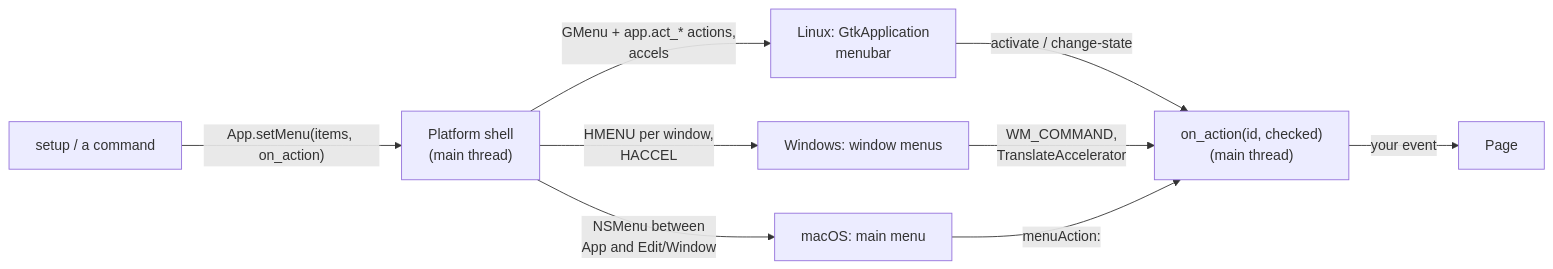
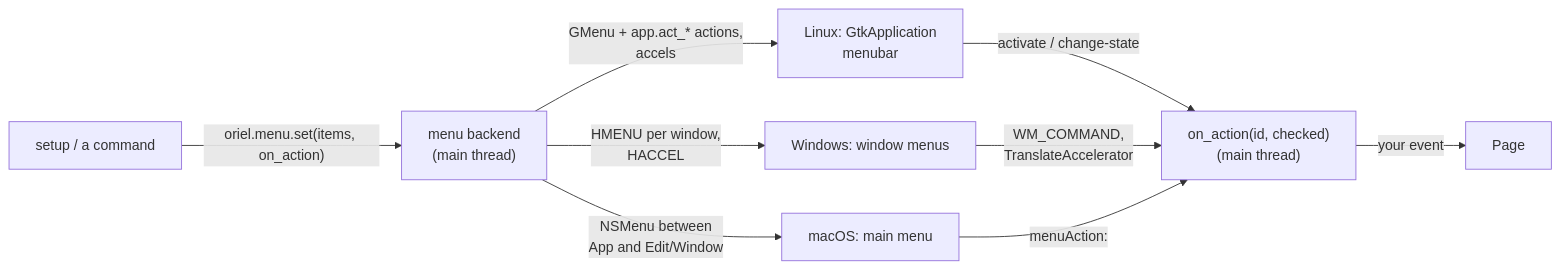
The diagram in docs/menu.md (highercomve/Oriel), drawn with Mermaid before and after one commit. The commit also changed other lines of this file and 29 other files, not shown here.

Commit message:
Docs: windows, commands, menu and concepts for the 0.12 window API, with Migrating notes

````diff
--- a/docs/menu.md
+++ b/docs/menu.md
@@ -91,11 +91,11 @@
 ```mermaid
 flowchart LR
-  Zig["setup / a command"] -->|"App.setMenu(items, on_action)"| Shell["Platform shell<br/>(main thread)"]
-  Shell -->|"GMenu + app.act_* actions,<br/>accels"| GTK["Linux: GtkApplication<br/>menubar"]
-  Shell -->|"HMENU per window,<br/>HACCEL"| Win["Windows: window menus"]
-  Shell -->|"NSMenu between<br/>App and Edit/Window"| Mac["macOS: main menu"]
+  Zig["setup / a command"] -->|"oriel.menu.set(items, on_action)"| Backend["menu backend<br/>(main thread)"]
+  Backend -->|"GMenu + app.act_* actions,<br/>accels"| GTK["Linux: GtkApplication<br/>menubar"]
+  Backend -->|"HMENU per window,<br/>HACCEL"| Win["Windows: window menus"]
+  Backend -->|"NSMenu between<br/>App and Edit/Window"| Mac["macOS: main menu"]
   GTK -->|"activate / change-state"| CB["on_action(id, checked)<br/>(main thread)"]
   Win -->|"WM_COMMAND,<br/>TranslateAccelerator"| CB
   Mac -->|"menuAction:"| CB
   CB -->|"your event"| Page["Page"]
 ```
````
